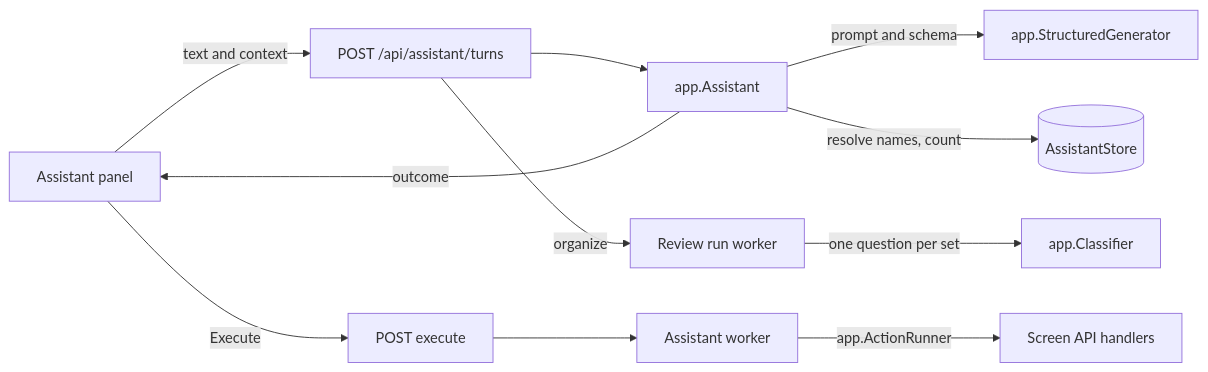
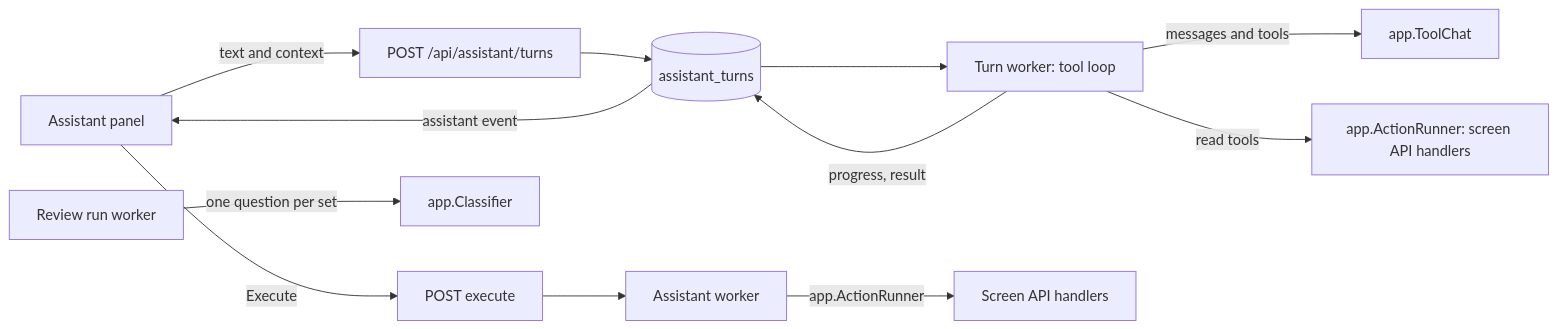
One commit to syudead/vv changed the first of 4 diagrams in docs/design-docs/assistant.md. Above: the diagram before and after it, drawn with Mermaid. The commit also changed other lines of this file and 44 other files, not shown here.

First line of the commit message:
feat(assistant): run requests as a server-side tool loop

````diff
--- a/docs/design-docs/assistant.md
+++ b/docs/design-docs/assistant.md
@@ -15,13 +16,14 @@
 ```mermaid
 flowchart LR
-  panel[Assistant panel] -->|text and context| turn[POST /api/assistant/turns]
-  turn --> assistant[app.Assistant]
-  assistant -->|prompt and schema| gen[app.StructuredGenerator]
-  assistant -->|resolve names, count| store[(AssistantStore)]
-  assistant -->|outcome| panel
+  panel[Assistant panel] -->|text and context| post[POST /api/assistant/turns]
+  post --> turn[(assistant_turns)]
+  turn --> loop[Turn worker: tool loop]
+  loop -->|messages and tools| chat[app.ToolChat]
+  loop -->|read tools| runner[app.ActionRunner: screen API handlers]
+  loop -->|progress, result| turn
+  turn -->|assistant event| panel
   panel -->|Execute| exec[POST execute]
   exec --> worker[Assistant worker]
   worker -->|app.ActionRunner| api[Screen API handlers]
-  turn -->|organize| reviews[Review run worker]
-  reviews -->|one question per set| cls[app.Classifier]
+  reviews[Review run worker] -->|one question per set| cls[app.Classifier]
 ```
````
